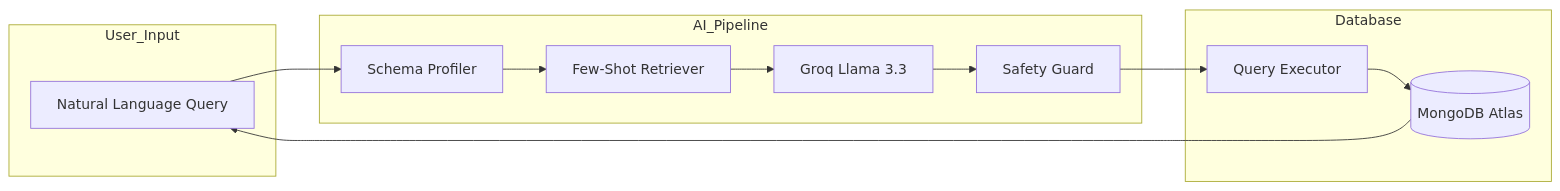
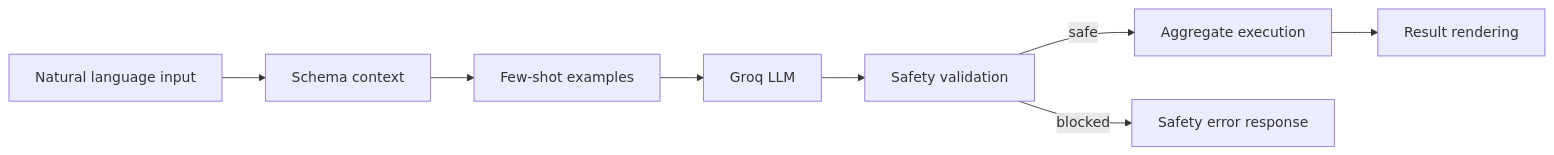
Before and after one commit to lakshmanbhukya/AtlasMind: the second of 2 diagrams in docs/ARCHITECTURE.md, drawn with Mermaid. The commit also changed other lines of this file and 8 other files, not shown here.

Commit message:
Refactor README and documentation for clarity and completeness; enhance API, architecture, deployment, and troubleshooting sections; improve feature descriptions and setup instructions.

````diff
--- a/docs/ARCHITECTURE.md
+++ b/docs/ARCHITECTURE.md
@@ -42,26 +36,10 @@
 ```mermaid
 graph LR
-    subgraph User_Input
-    NL[Natural Language Query]
-    end
-    
-    subgraph AI_Pipeline
-    SP[Schema Profiler]
-    FSR[Few-Shot Retriever]
-    LLM[Groq Llama 3.3]
-    SG[Safety Guard]
-    end
-    
-    subgraph Database
-    QE[Query Executor]
-    MDB[(MongoDB Atlas)]
-    end
-    
-    NL --> SP
-    SP --> FSR
-    FSR --> LLM
-    LLM --> SG
-    SG --> QE
-    QE --> MDB
-    MDB --> NL
+    NL[Natural language input] --> SC[Schema context]
+    SC --> FS[Few-shot examples]
+    FS --> LLM[Groq LLM]
+    LLM --> SG[Safety validation]
+    SG -->|safe| EX[Aggregate execution]
+    SG -->|blocked| ERR[Safety error response]
+    EX --> UI[Result rendering]
 ```
````
